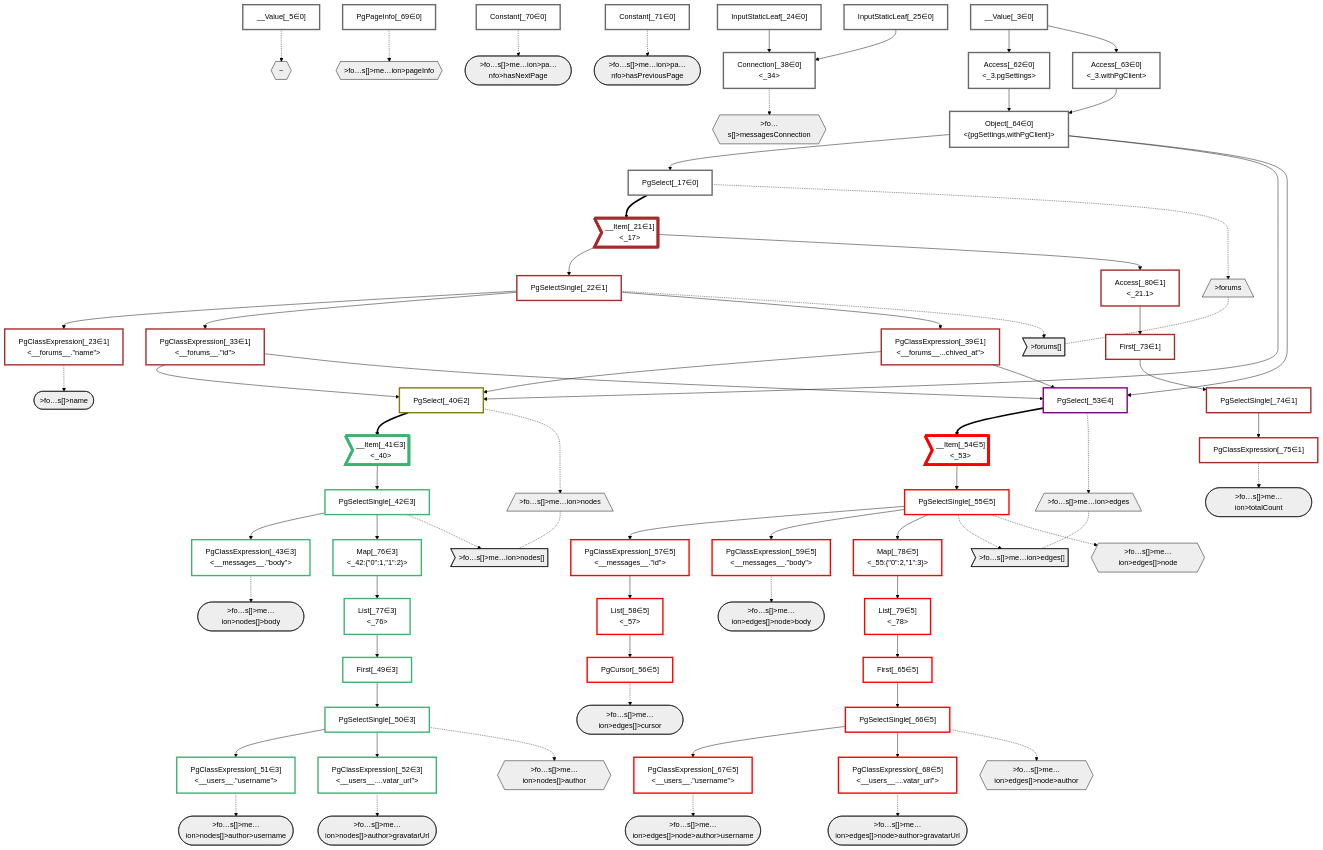
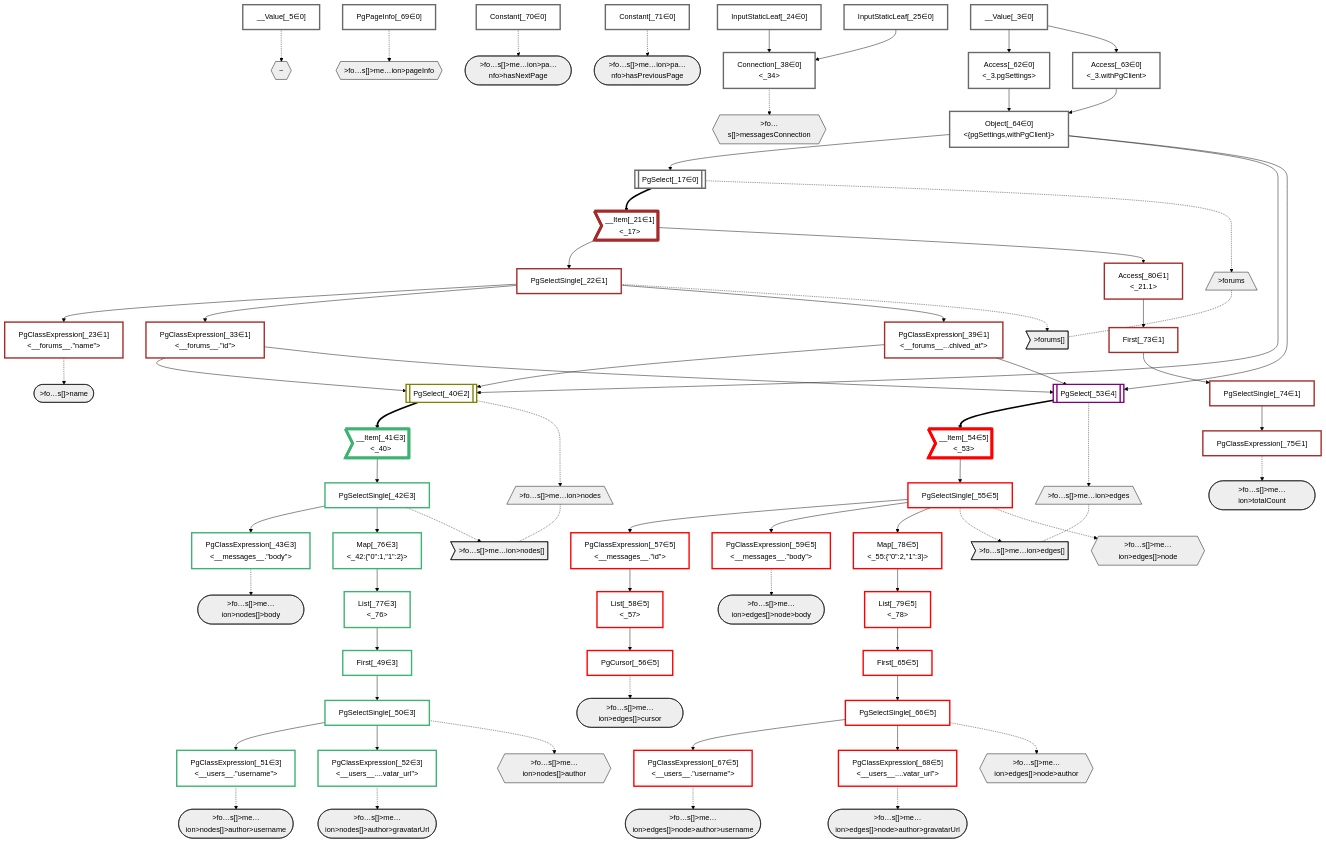
One commit to graphile/crystal changed the diagram in packages/dataplan-pg/__tests__/queries/conditions/archived-forum-inherited-messages.stream-2.mermaid.md. Above: the diagram before and after it, drawn with Mermaid (forest theme). The commit also changed 195 other files, not shown here.

```diff
--- a/packages/dataplan-pg/__tests__/queries/conditions/archived-forum-inherited-messages.stream-2.mermaid.md
+++ b/packages/dataplan-pg/__tests__/queries/conditions/archived-forum-inherited-messages.stream-2.mermaid.md
@@ -56,7 +56,7 @@
     %% define plans
     __Value_3["__Value[_3∈0]<br /><context>"]:::plan
     __Value_5["__Value[_5∈0]<br /><rootValue>"]:::plan
-    PgSelect_17["PgSelect[_17∈0]<br /><forums>"]:::plan
+    PgSelect_17[["PgSelect[_17∈0]<br /><forums>"]]:::plan
     __Item_21>"__Item[_21∈1]<br /><_17>"]:::itemplan
     PgSelectSingle_22["PgSelectSingle[_22∈1]<br /><forums>"]:::plan
     PgClassExpression_23["PgClassExpression[_23∈1]<br /><__forums__.#quot;name#quot;>"]:::plan
@@ -65,7 +65,7 @@
     PgClassExpression_33["PgClassExpression[_33∈1]<br /><__forums__.#quot;id#quot;>"]:::plan
     Connection_38["Connection[_38∈0]<br /><_34>"]:::plan
     PgClassExpression_39["PgClassExpression[_39∈1]<br /><__forums__...chived_at#quot;>"]:::plan
-    PgSelect_40["PgSelect[_40∈2]<br /><messages>"]:::plan
+    PgSelect_40[["PgSelect[_40∈2]<br /><messages>"]]:::plan
     __Item_41>"__Item[_41∈3]<br /><_40>"]:::itemplan
     PgSelectSingle_42["PgSelectSingle[_42∈3]<br /><messages>"]:::plan
     PgClassExpression_43["PgClassExpression[_43∈3]<br /><__messages__.#quot;body#quot;>"]:::plan
@@ -73,7 +73,7 @@
     PgSelectSingle_50["PgSelectSingle[_50∈3]<br /><users>"]:::plan
     PgClassExpression_51["PgClassExpression[_51∈3]<br /><__users__.#quot;username#quot;>"]:::plan
     PgClassExpression_52["PgClassExpression[_52∈3]<br /><__users__....vatar_url#quot;>"]:::plan
-    PgSelect_53["PgSelect[_53∈4]<br /><messages>"]:::plan
+    PgSelect_53[["PgSelect[_53∈4]<br /><messages>"]]:::plan
     __Item_54>"__Item[_54∈5]<br /><_53>"]:::itemplan
     PgSelectSingle_55["PgSelectSingle[_55∈5]<br /><messages>"]:::plan
     PgCursor_56["PgCursor[_56∈5]"]:::plan
```
